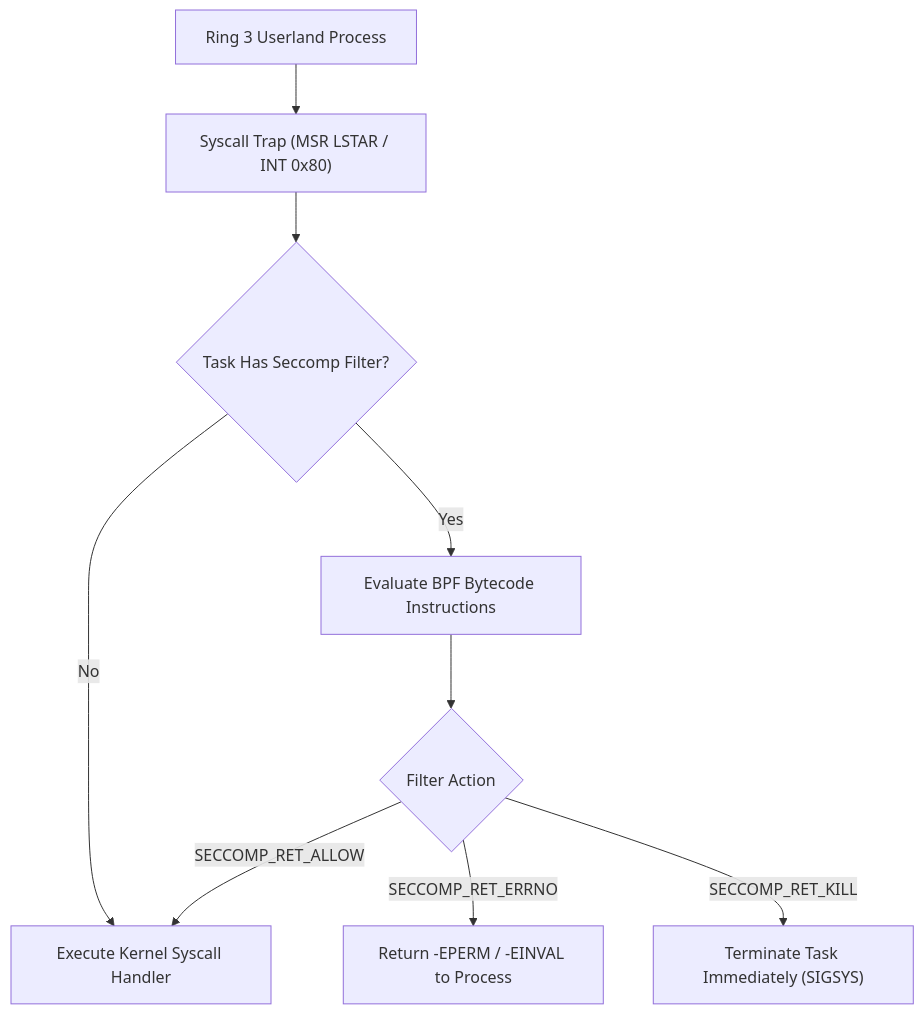
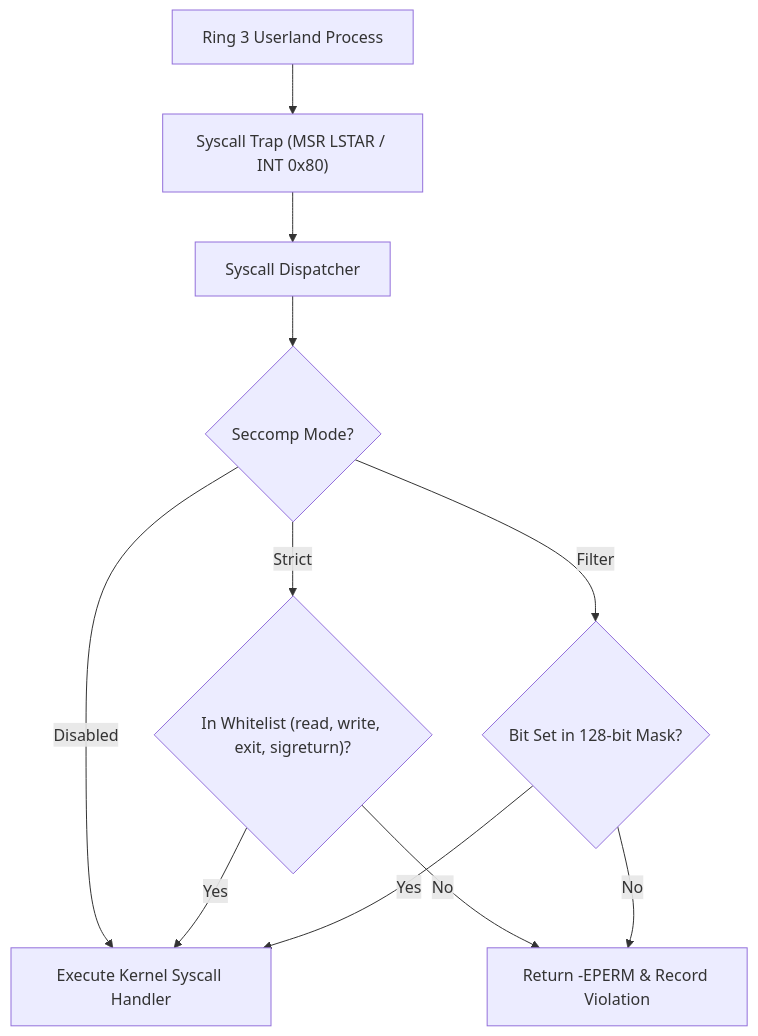
One commit to mrvlous/keira changed the diagram in docs/crypto/seccomp.md. Above: the diagram before and after it, drawn with Mermaid. The commit also changed other lines of this file and 21 other files, not shown here.

Commit message:
feat(sec): eliminate stubs in seccomp, bpf, tpm and mac subsystems with active bare-metal engines

````diff
--- a/docs/crypto/seccomp.md
+++ b/docs/crypto/seccomp.md
@@ -11,11 +11,13 @@
 ```mermaid
 graph TD
     UserApp["Ring 3 Userland Process"] --> Syscall["Syscall Trap (MSR LSTAR / INT 0x80)"]
-    Syscall --> SeccompCheck{"Task Has Seccomp Filter?"}
-    SeccompCheck -->|No| ExecSyscall["Execute Kernel Syscall Handler"]
-    SeccompCheck -->|Yes| BPFInterpreter["Evaluate BPF Bytecode Instructions"]
-    BPFInterpreter --> Action{"Filter Action"}
-    Action -->|SECCOMP_RET_ALLOW| ExecSyscall
-    Action -->|SECCOMP_RET_ERRNO| ReturnErr["Return -EPERM / -EINVAL to Process"]
-    Action -->|SECCOMP_RET_KILL| Terminate["Terminate Task Immediately (SIGSYS)"]
+    Syscall --> Dispatcher["Syscall Dispatcher"]
+    Dispatcher --> SeccompCheck{"Seccomp Mode?"}
+    SeccompCheck -->|Disabled| ExecSyscall["Execute Kernel Syscall Handler"]
+    SeccompCheck -->|Strict| StrictCheck{"In Whitelist (read, write, exit, sigreturn)?"}
+    StrictCheck -->|Yes| ExecSyscall
+    StrictCheck -->|No| ReturnErr["Return -EPERM & Record Violation"]
+    SeccompCheck -->|Filter| BitmaskCheck{"Bit Set in 128-bit Mask?"}
+    BitmaskCheck -->|Yes| ExecSyscall
+    BitmaskCheck -->|No| ReturnErr
 ```
````
